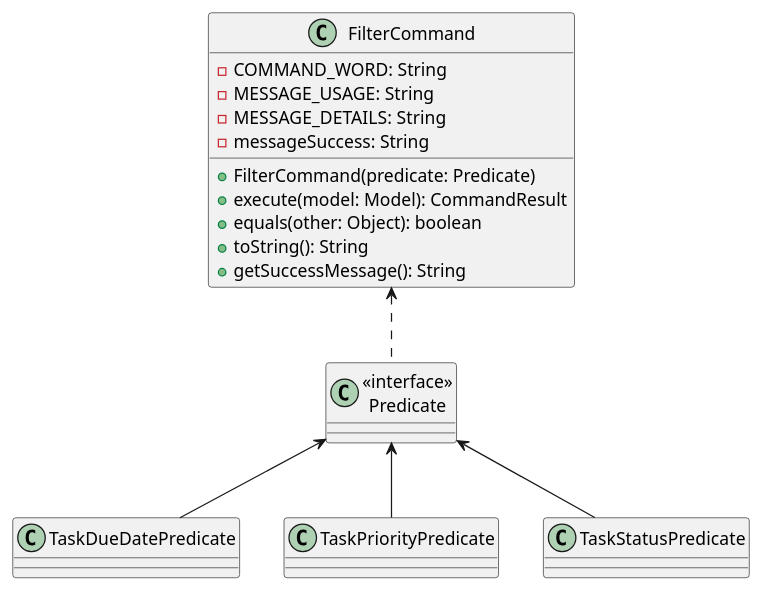
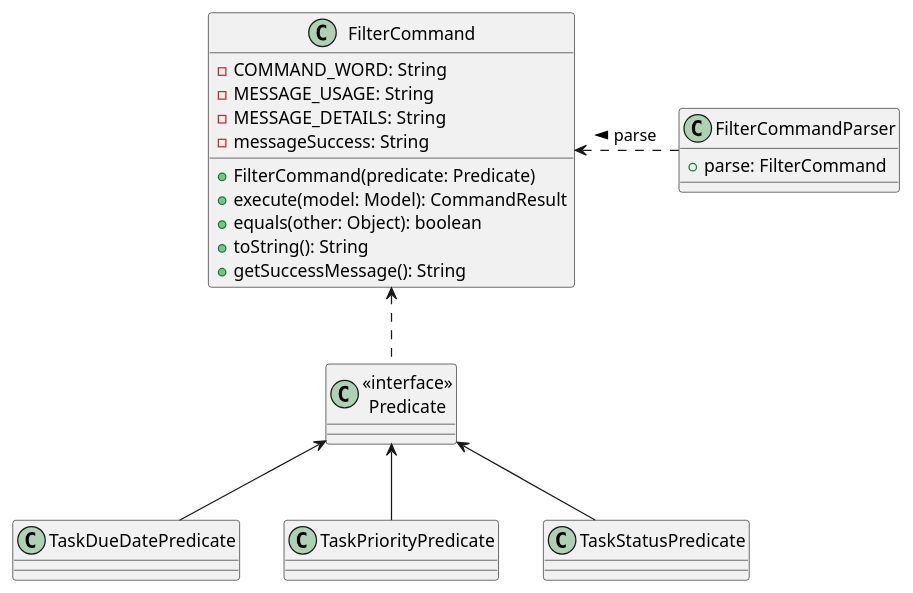
The diagram in docs/diagrams/FilterCommandClassDiagram.puml (yarnmengnus/tp), drawn with PlantUML before and after one commit. The commit also changed 2 other files, not shown here.

```diff
--- a/docs/diagrams/FilterCommandClassDiagram.puml
+++ b/docs/diagrams/FilterCommandClassDiagram.puml
@@ -1,27 +1,33 @@
 @startuml
+class FilterCommandParser {
+  + parse: FilterCommand
+}
+
 class FilterCommand {
   - COMMAND_WORD: String
   - MESSAGE_USAGE: String
   - MESSAGE_DETAILS: String
   - messageSuccess: String
   + FilterCommand(predicate: Predicate)
   + execute(model: Model): CommandResult
   + equals(other: Object): boolean
   + toString(): String
   + getSuccessMessage(): String
 }
 
 class TaskDueDatePredicate
 
 class TaskPriorityPredicate
 
 class TaskStatusPredicate
 
 class "<<interface>>\nPredicate" as Predicate
 
 FilterCommand <.. Predicate
 Predicate <-- TaskDueDatePredicate
 Predicate <-- TaskPriorityPredicate
 Predicate <-- TaskStatusPredicate
 
+FilterCommandParser .left.> FilterCommand : parse >
+
 @enduml
```
